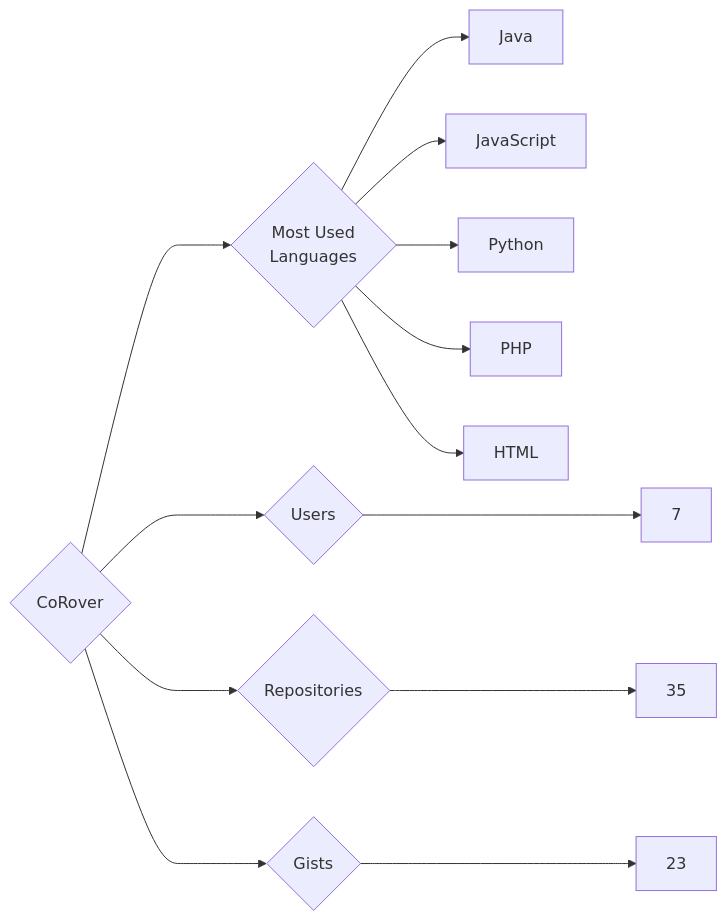
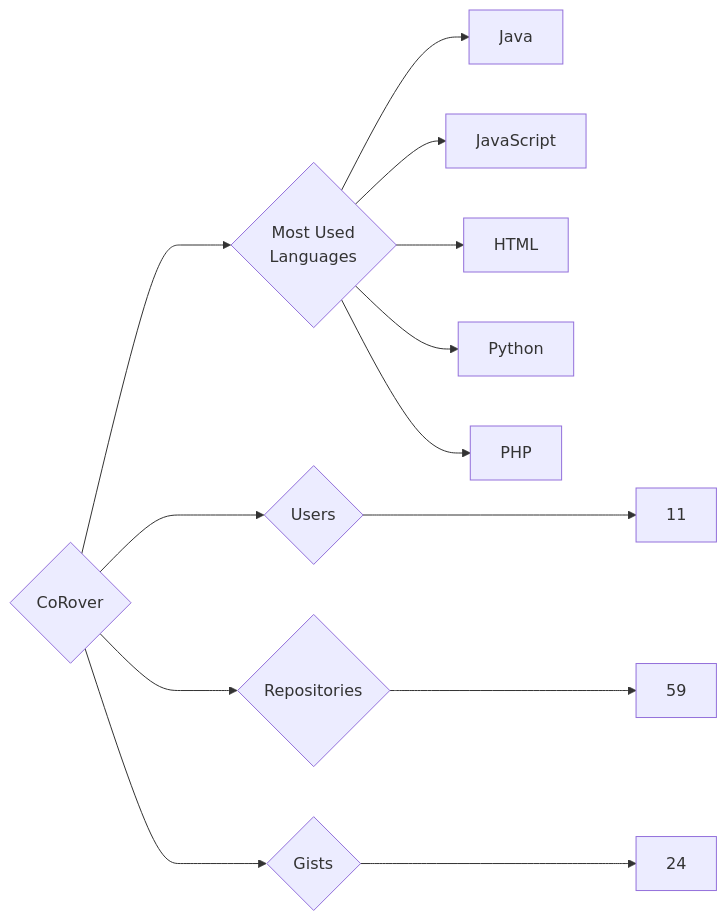
Before and after one commit to trickest/insiders: the diagram in targets/CoRover/README.md, drawn with Mermaid. The commit also changed 1167 other files, not shown here.

````diff
--- a/targets/CoRover/README.md
+++ b/targets/CoRover/README.md
@@ -3,13 +3,13 @@
 ```mermaid
 graph LR
 COMPANY_NAME{CoRover}
-COMPANY_NAME ---> U{Users} ---> UN[7]
-COMPANY_NAME ---> R{Repositories} ---> RN[35]
-COMPANY_NAME ---> G{Gists} ---> GN[23]
+COMPANY_NAME ---> U{Users} ---> UN[11]
+COMPANY_NAME ---> R{Repositories} ---> RN[59]
+COMPANY_NAME ---> G{Gists} ---> GN[24]
 COMPANY_NAME ---> ML{Most Used<br>Languages}
 ML --> Java[Java]
 ML --> JavaScript[JavaScript]
+ML --> HTML[HTML]
 ML --> Python[Python]
 ML --> PHP[PHP]
-ML --> HTML[HTML]
 ```
````
